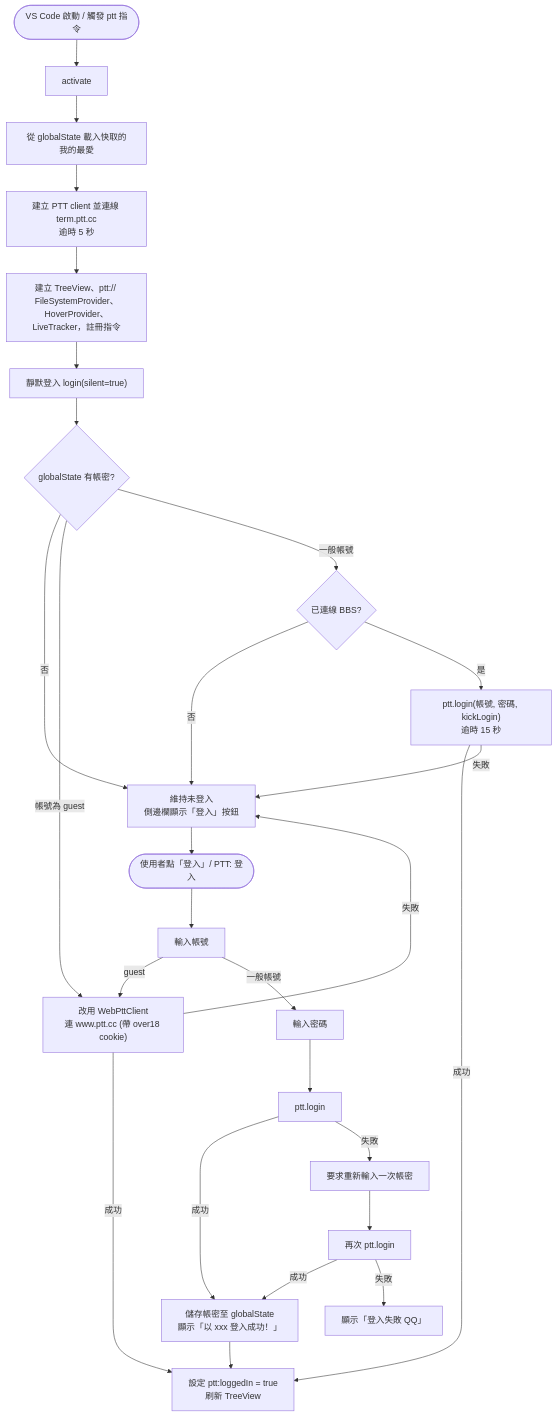
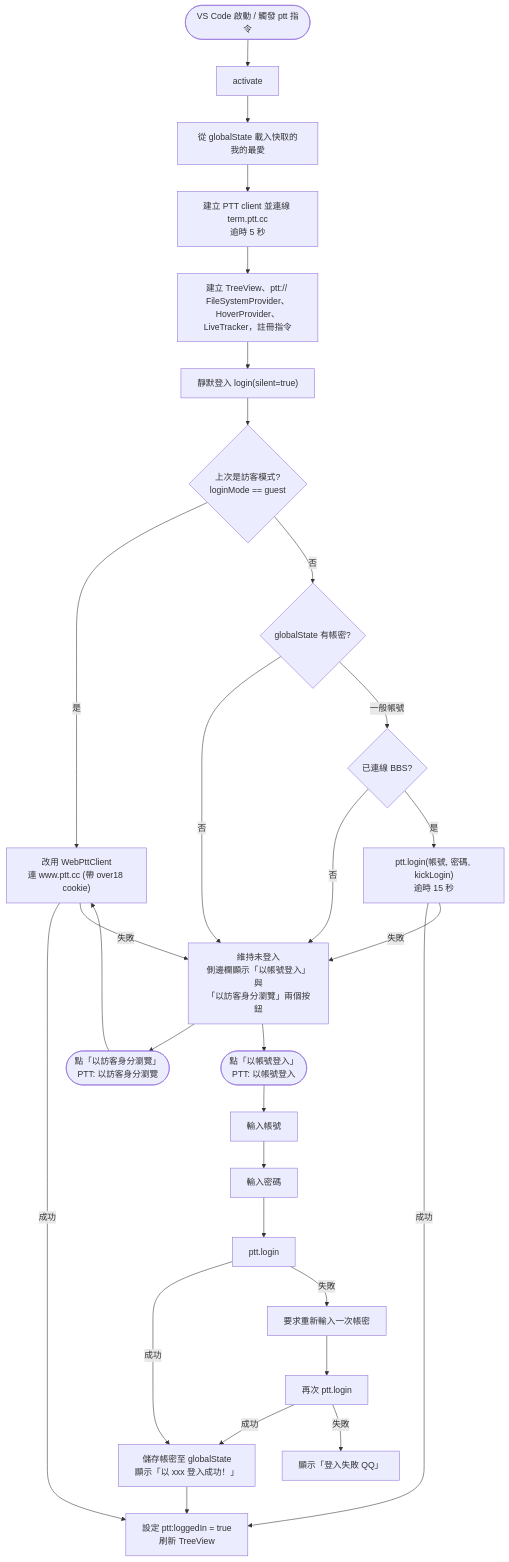
Before and after one commit to kalpy-HI/vscode-ptt: the second of 4 diagrams in docs/ARCHITECTURE.md, drawn with Mermaid. The commit also changed other lines of this file and 7 other files, not shown here.

````diff
--- a/docs/ARCHITECTURE.md
+++ b/docs/ARCHITECTURE.md
@@ -43,28 +43,29 @@
 ```mermaid
 flowchart TD
   A([VS Code 啟動 / 觸發 ptt 指令]) --> B[activate]
   B --> C[從 globalState 載入快取的我的最愛]
   C --> D[建立 PTT client 並連線 term.ptt.cc<br/>逾時 5 秒]
   D --> E[建立 TreeView、ptt:// FileSystemProvider、<br/>HoverProvider、LiveTracker，註冊指令]
   E --> F["靜默登入 login(silent=true)"]
-  F --> H{globalState 有帳密?}
-  H -- 否 --> X[維持未登入<br/>側邊欄顯示「登入」按鈕]
-  H -- 帳號為 guest --> GW
+  F --> LM{上次是訪客模式?<br/>loginMode == guest}
+  LM -- 是 --> GW
+  LM -- 否 --> H{globalState 有帳密?}
+  H -- 否 --> X[維持未登入<br/>側邊欄顯示「以帳號登入」與<br/>「以訪客身分瀏覽」兩個按鈕]
   H -- 一般帳號 --> G{已連線 BBS?}
   G -- 否 --> X
   G -- 是 --> I["ptt.login(帳號, 密碼, kickLogin)<br/>逾時 15 秒"]
   GW["改用 WebPttClient<br/>連 www.ptt.cc (帶 over18 cookie)"] -- 成功 --> J
   GW -- 失敗 --> X
   I -- 成功 --> J[設定 ptt:loggedIn = true<br/>刷新 TreeView]
   I -- 失敗 --> X
 
-  X --> M([使用者點「登入」/ PTT: 登入])
+  X --> GB([點「以訪客身分瀏覽」<br/>PTT: 以訪客身分瀏覽]) --> GW
+  X --> M([點「以帳號登入」<br/>PTT: 以帳號登入])
   M --> N[輸入帳號]
-  N -- guest --> GW
-  N -- 一般帳號 --> O[輸入密碼]
+  N --> O[輸入密碼]
   O --> P[ptt.login]
   P -- 成功 --> Q[儲存帳密至 globalState<br/>顯示「以 xxx 登入成功！」] --> J
   P -- 失敗 --> R[要求重新輸入一次帳密] --> P2[再次 ptt.login]
   P2 -- 成功 --> Q
   P2 -- 失敗 --> S[顯示「登入失敗 QQ」]
 ```
````
